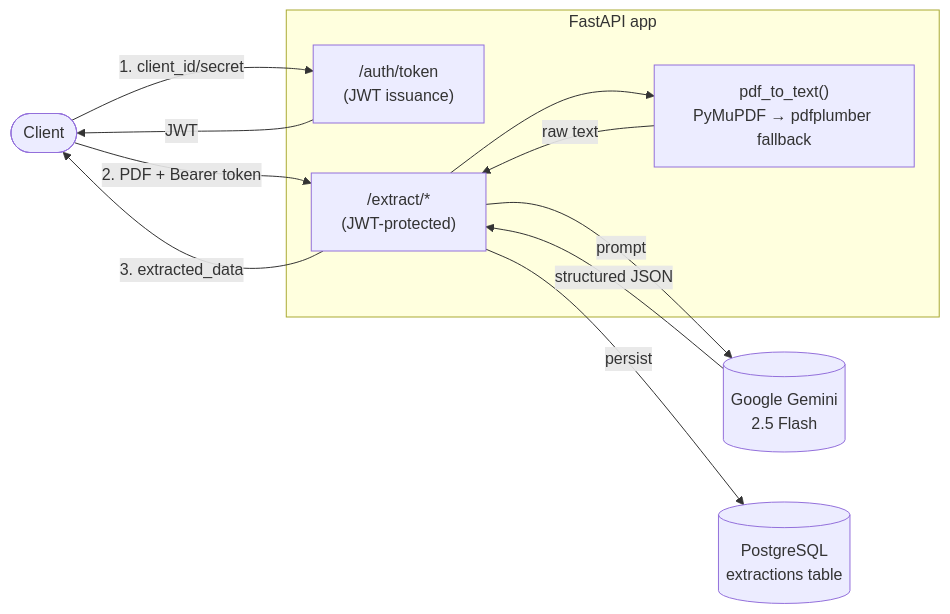
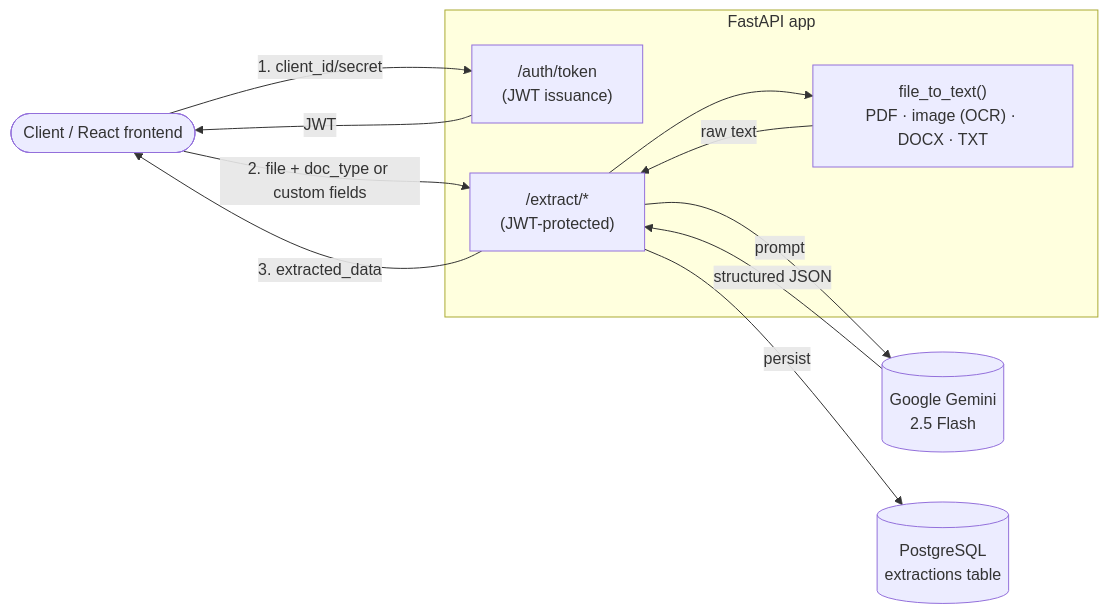
The diagram in p1-doc-intelligence/README.md (sassii-code/fintech-sprint-2026), drawn with Mermaid before and after one commit. The commit also changed other lines of this file and 1 other file, not shown here.

First line of the commit message:
docs: document multi-format, custom extraction, and frontend features

````diff
--- a/p1-doc-intelligence/README.md
+++ b/p1-doc-intelligence/README.md
@@ -37,23 +40,23 @@
 ```mermaid
 flowchart LR
-    Client(["Client"])
+    Client(["Client / React frontend"])
 
     subgraph API["FastAPI app"]
         Auth["/auth/token\n(JWT issuance)"]
         Extract["/extract/*\n(JWT-protected)"]
-        PDF["pdf_to_text()\nPyMuPDF → pdfplumber fallback"]
+        FileToText["file_to_text()\nPDF · image (OCR) · DOCX · TXT"]
     end
 
     Gemini[("Google Gemini\n2.5 Flash")]
     DB[("PostgreSQL\nextractions table")]
 
     Client -- "1. client_id/secret" --> Auth
     Auth -- "JWT" --> Client
-    Client -- "2. PDF + Bearer token" --> Extract
-    Extract --> PDF
-    PDF -- "raw text" --> Extract
+    Client -- "2. file + doc_type or custom fields" --> Extract
+    Extract --> FileToText
+    FileToText -- "raw text" --> Extract
     Extract -- "prompt" --> Gemini
     Gemini -- "structured JSON" --> Extract
     Extract -- "persist" --> DB
     Extract -- "3. extracted_data" --> Client
 ```
````
